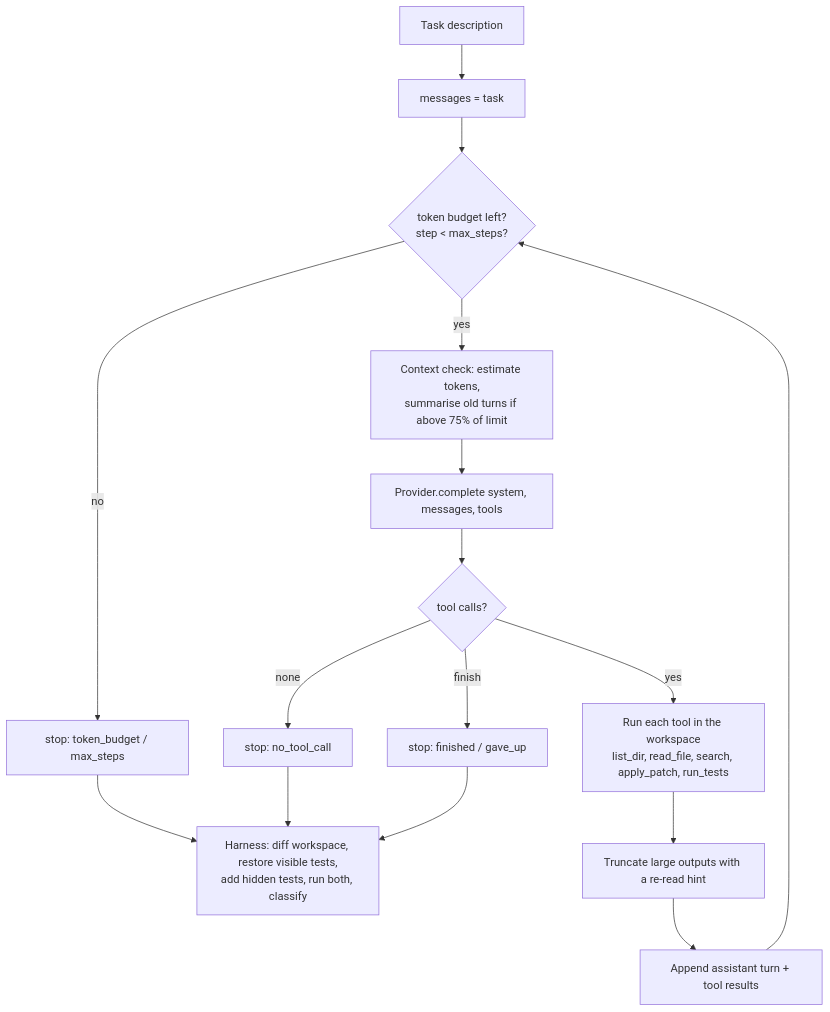
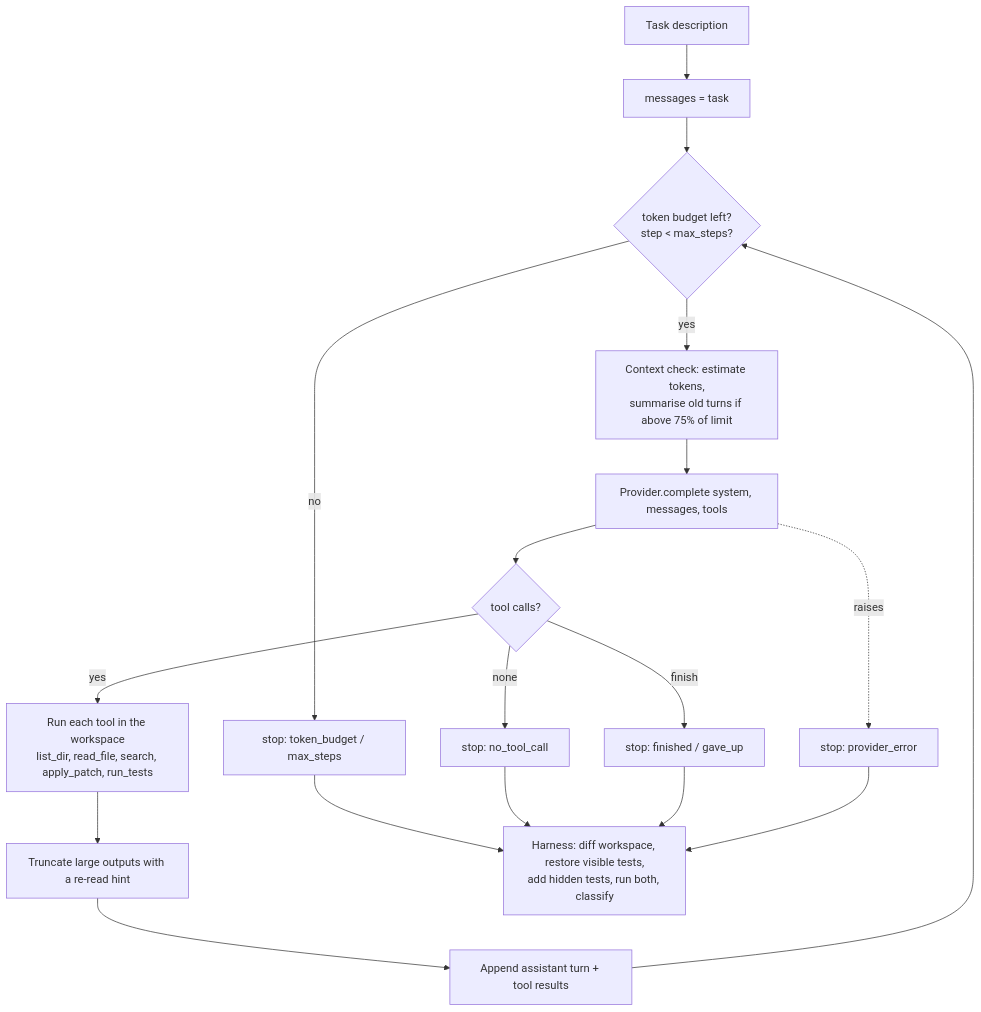
The diagram in README.md (HashirAKB/mini-coding-agent), drawn with Mermaid before and after one commit. The commit also changed other lines of this file and 60 other files, not shown here.

````diff
--- a/README.md
+++ b/README.md
@@ -16,16 +16,17 @@
 ```mermaid
 flowchart TD
     T[Task description] --> M[messages = task]
     M --> B{token budget left?<br/>step < max_steps?}
     B -- no --> S1[stop: token_budget / max_steps]
     B -- yes --> C[Context check: estimate tokens,<br/>summarise old turns if above 75% of limit]
     C --> P[Provider.complete system, messages, tools]
     P --> R{tool calls?}
+    P -. raises .-> S4[stop: provider_error]
     R -- none --> S2[stop: no_tool_call]
     R -- finish --> S3[stop: finished / gave_up]
     R -- yes --> X[Run each tool in the workspace<br/>list_dir, read_file, search, apply_patch, run_tests]
     X --> O[Truncate large outputs with a re-read hint]
     O --> A[Append assistant turn + tool results]
     A --> B
-    S1 & S2 & S3 --> E[Harness: diff workspace, restore visible tests,<br/>add hidden tests, run both, classify]
+    S1 & S2 & S3 & S4 --> E[Harness: diff workspace, restore visible tests,<br/>add hidden tests, run both, classify]
 ```
````
